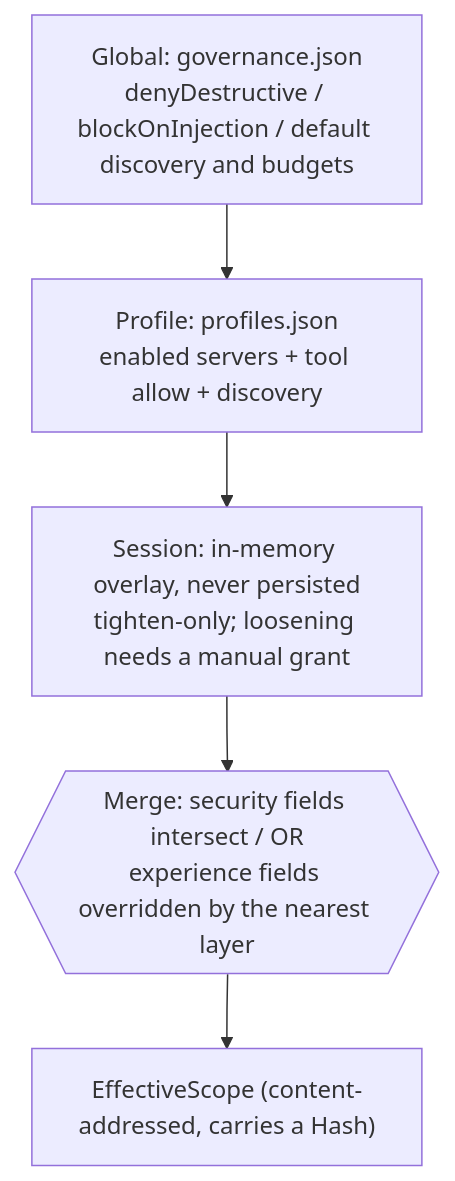
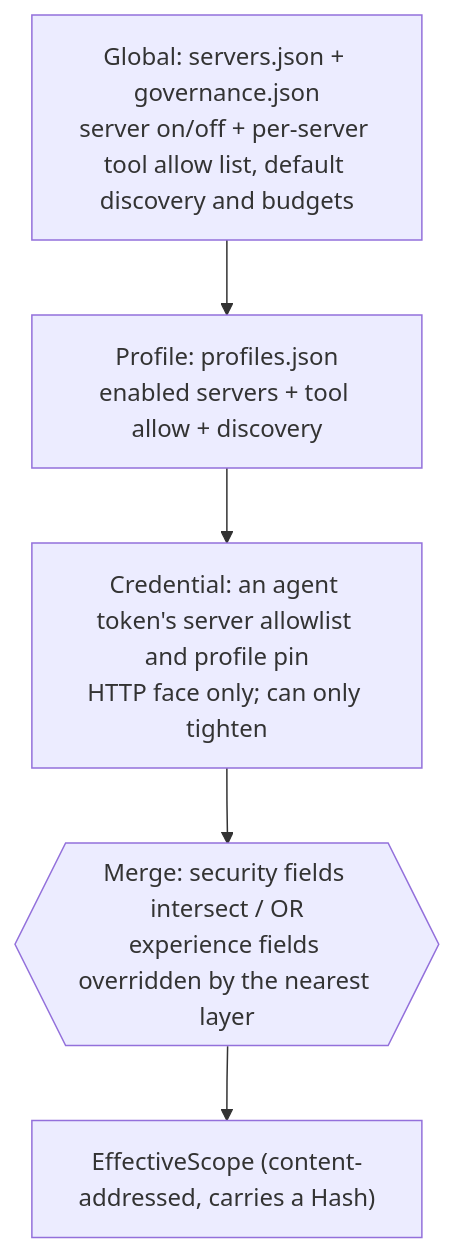
The seventh of 8 diagrams in docs/architecture.md (dinstein/agent-hub), drawn with Mermaid before and after one commit. The commit also changed other lines of this file and 3 other files, not shown here.

First line of the commit message:
docs: restate the access model in AGENTS.md, the READMEs and architecture

````diff
--- a/docs/architecture.md
+++ b/docs/architecture.md
@@ -293,7 +291,7 @@
 ```mermaid
 flowchart TD
-    G["Global: governance.json<br/>denyDestructive / blockOnInjection / default discovery and budgets"] --> P
+    G["Global: servers.json + governance.json<br/>server on/off + per-server tool allow list, default discovery and budgets"] --> P
     P["Profile: profiles.json<br/>enabled servers + tool allow + discovery"] --> S
-    S["Session: in-memory overlay, never persisted<br/>tighten-only; loosening needs a manual grant"] --> M
+    S["Credential: an agent token's server allowlist and profile pin<br/>HTTP face only; can only tighten"] --> M
     M{{"Merge: security fields intersect / OR<br/>experience fields overridden by the nearest layer"}} --> E["EffectiveScope (content-addressed, carries a Hash)"]
 ```
````
